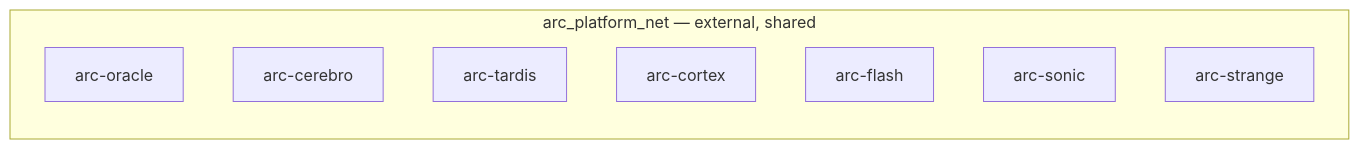
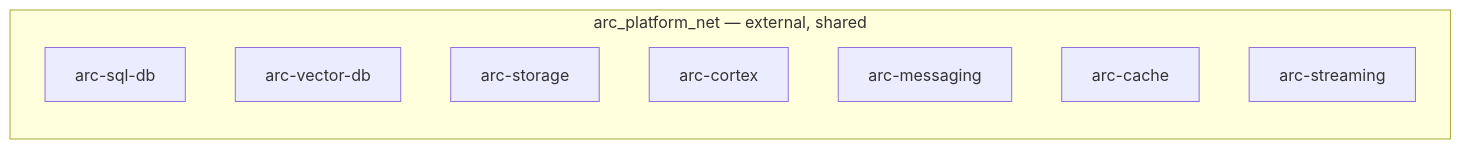
The second of 2 diagrams in specs/005-data-layer/spec.md (arc-framework/arc-platform), drawn with Mermaid before and after one commit. The commit also changed other lines of this file and 34 other files, not shown here.

````diff
--- a/specs/005-data-layer/spec.md
+++ b/specs/005-data-layer/spec.md
@@ -161,12 +161,12 @@
 ```mermaid
 graph LR
     subgraph arc_platform_net [arc_platform_net — external, shared]
-        oracle[arc-oracle]
-        cerebro[arc-cerebro]
-        tardis[arc-tardis]
+        oracle[arc-sql-db]
+        cerebro[arc-vector-db]
+        tardis[arc-storage]
         cortex[arc-cortex]
-        flash[arc-flash]
-        sonic[arc-sonic]
-        strange[arc-strange]
+        flash[arc-messaging]
+        sonic[arc-cache]
+        strange[arc-streaming]
     end
 ```
````
